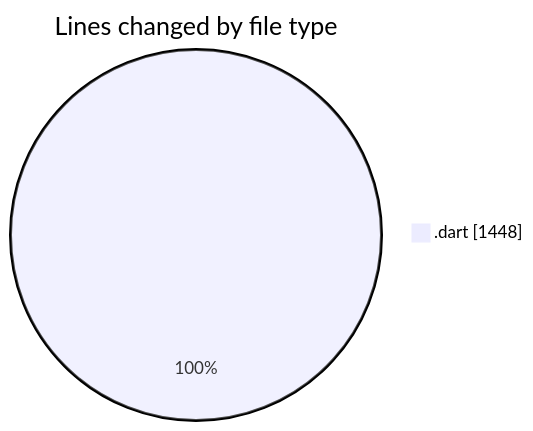
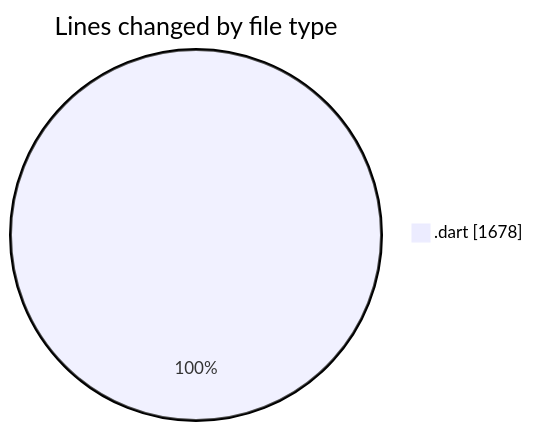
The first of 2 diagrams in 2025-04-10/trackers_app/README.md (donsfak/code-tracking), drawn with Mermaid before and after one commit. The commit also changed other lines of this file and 1 other file, not shown here.

````diff
--- a/2025-04-10/trackers_app/README.md
+++ b/2025-04-10/trackers_app/README.md
@@ -37,5 +38,5 @@
 ```mermaid
 pie showData
 title Lines changed by file type
-".dart" : 1448
+".dart" : 1678
 ```
````
